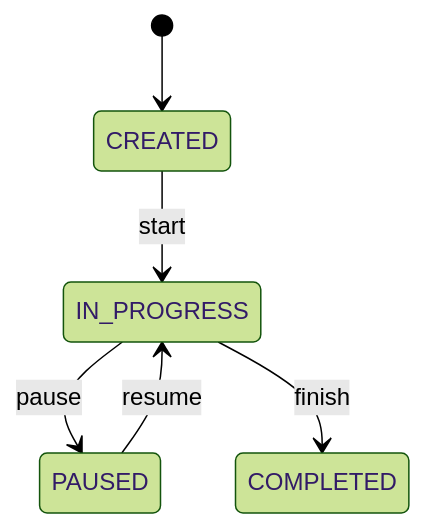
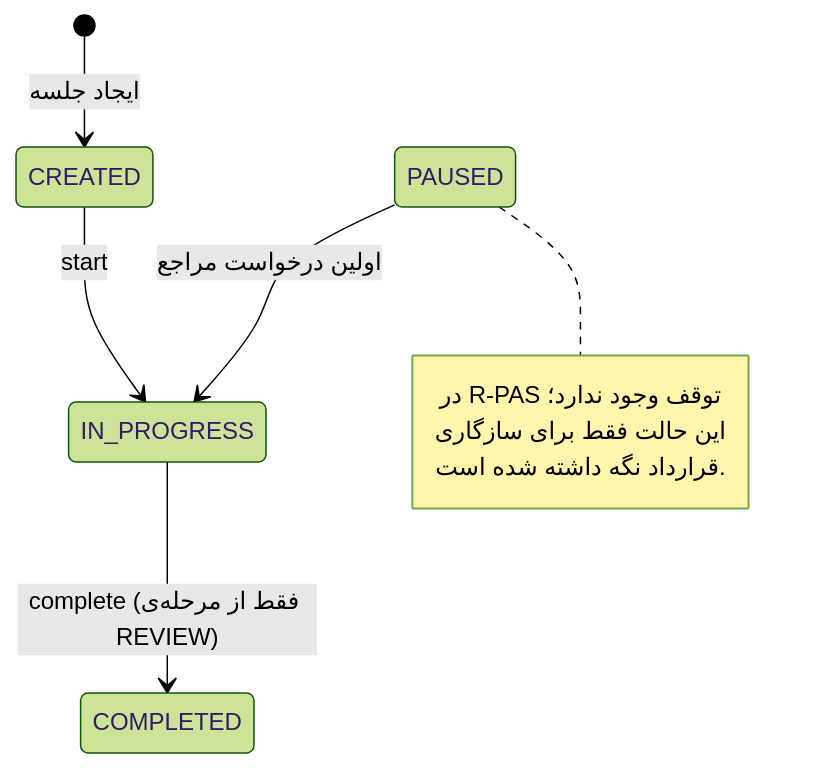
Before and after one commit to elmkhah/rorschach: the second of 2 diagrams in documentation/01-requirements.md, drawn with Mermaid (forest theme). The commit also changed other lines of this file and 23 other files, not shown here.

````diff
--- a/documentation/01-requirements.md
+++ b/documentation/01-requirements.md
@@ -130,8 +157,12 @@
 ```mermaid
 stateDiagram-v2
-    [*] --> CREATED
+    [*] --> CREATED: ایجاد جلسه
     CREATED --> IN_PROGRESS: start
-    IN_PROGRESS --> PAUSED: pause
-    IN_PROGRESS --> COMPLETED: finish
-    PAUSED --> IN_PROGRESS: resume
+    IN_PROGRESS --> COMPLETED: complete (فقط از مرحله‌ی REVIEW)
+    PAUSED --> IN_PROGRESS: اولین درخواست مراجع
+    note right of PAUSED
+        در R-PAS توقف وجود ندارد؛
+        این حالت فقط برای سازگاری
+        قرارداد نگه داشته شده است.
+    end note
 ```
````
